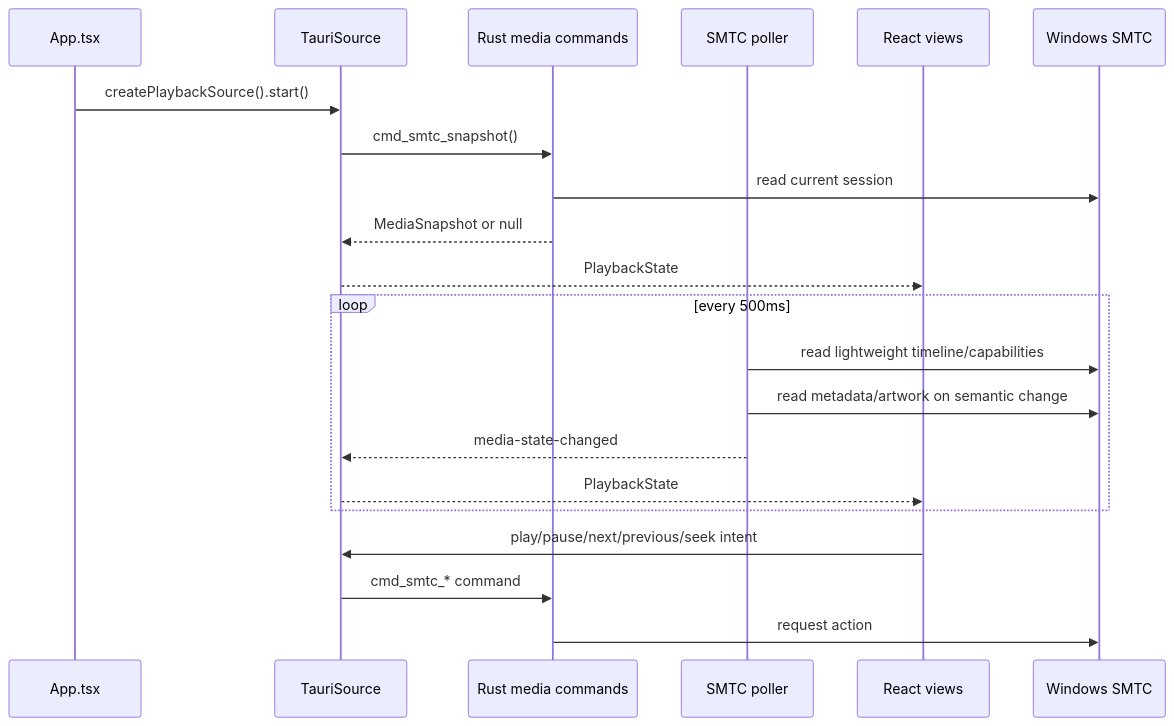
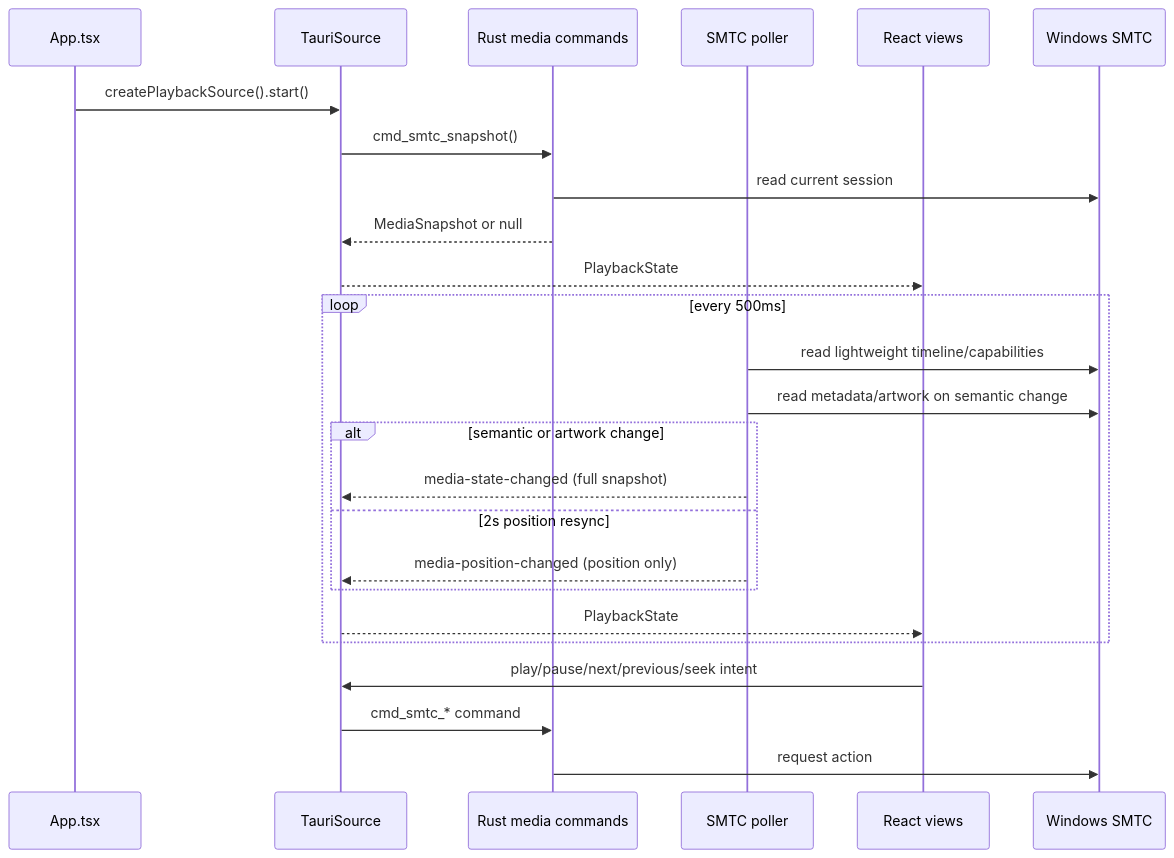
The second of 4 diagrams in docs/ARCHITECTURE.md (Shelldock1/vinyldeck), drawn with Mermaid before and after one commit. The commit also changed other lines of this file and 41 other files, not shown here.

````diff
--- a/docs/ARCHITECTURE.md
+++ b/docs/ARCHITECTURE.md
@@ -46,24 +46,28 @@
 ```mermaid
 sequenceDiagram
   participant App as App.tsx
   participant Source as TauriSource
   participant Rust as Rust media commands
   participant Poller as SMTC poller
   participant UI as React views
   participant SMTC as Windows SMTC
 
   App->>Source: createPlaybackSource().start()
   Source->>Rust: cmd_smtc_snapshot()
   Rust->>SMTC: read current session
   Rust-->>Source: MediaSnapshot or null
   Source-->>UI: PlaybackState
   loop every 500ms
     Poller->>SMTC: read lightweight timeline/capabilities
     Poller->>SMTC: read metadata/artwork on semantic change
-    Poller-->>Source: media-state-changed
+    alt semantic or artwork change
+      Poller-->>Source: media-state-changed (full snapshot)
+    else 2s position resync
+      Poller-->>Source: media-position-changed (position only)
+    end
     Source-->>UI: PlaybackState
   end
   UI->>Source: play/pause/next/previous/seek intent
   Source->>Rust: cmd_smtc_* command
   Rust->>SMTC: request action
 ```
````
